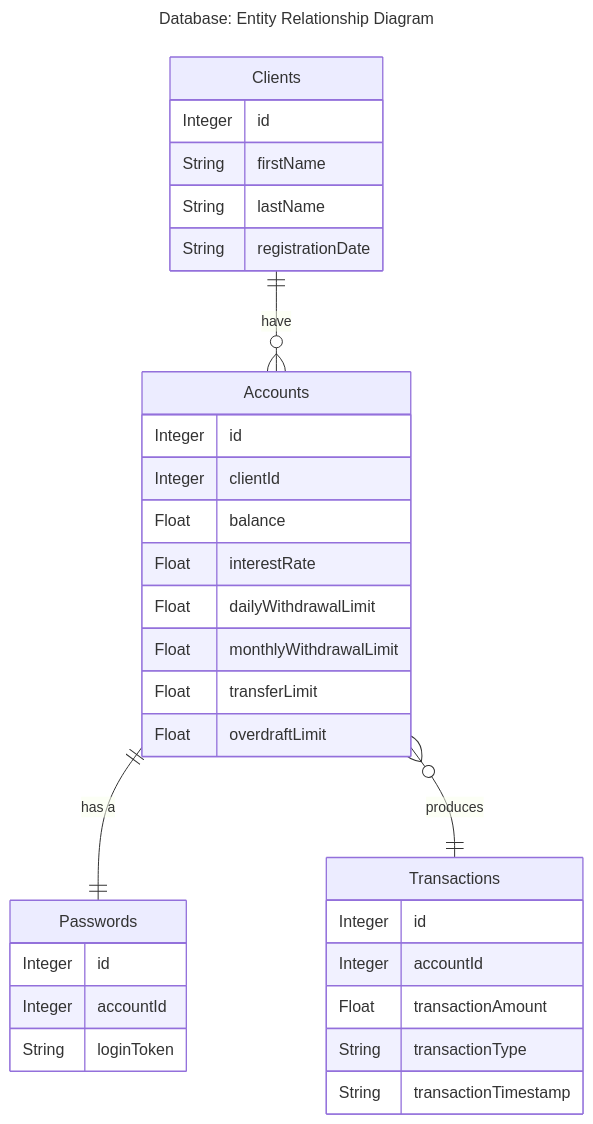
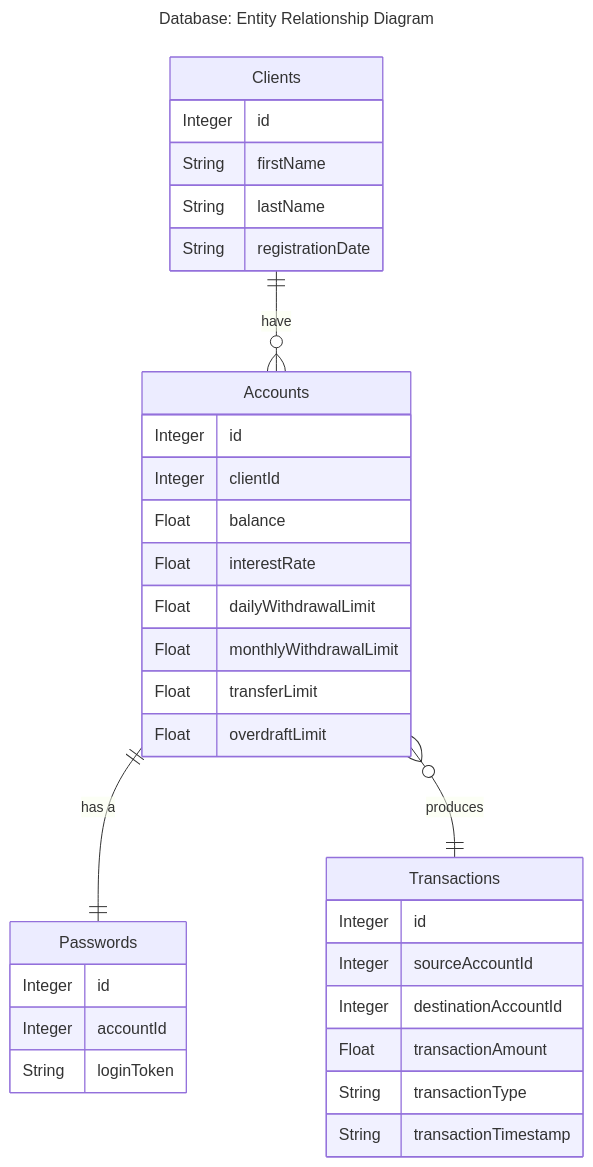
Before and after one commit to nelioasousa/java-santander: the diagram in lab-oop-2/README.md, drawn with Mermaid. The commit also changed 3 other files, not shown here.

````diff
--- a/lab-oop-2/README.md
+++ b/lab-oop-2/README.md
@@ -7,37 +7,38 @@
 ```mermaid
 ---
 title: "Database: Entity Relationship Diagram"
 ---
 erDiagram
     Clients ||--o{ Accounts : have
     Accounts ||--|| Passwords : "has a"
     Accounts }o--|| Transactions : produces
     Clients {
         Integer id
         String  firstName
         String  lastName
         String  registrationDate
     }
     Accounts {
         Integer id
         Integer clientId
         Float   balance
         Float   interestRate
         Float   dailyWithdrawalLimit
         Float   monthlyWithdrawalLimit
         Float   transferLimit
         Float   overdraftLimit
     }
     Passwords {
         Integer id
         Integer accountId
         String  loginToken
     }
     Transactions {
         Integer id
-        Integer accountId
+        Integer sourceAccountId
+        Integer destinationAccountId
         Float   transactionAmount
         String  transactionType
         String  transactionTimestamp
     }
 ```
````
